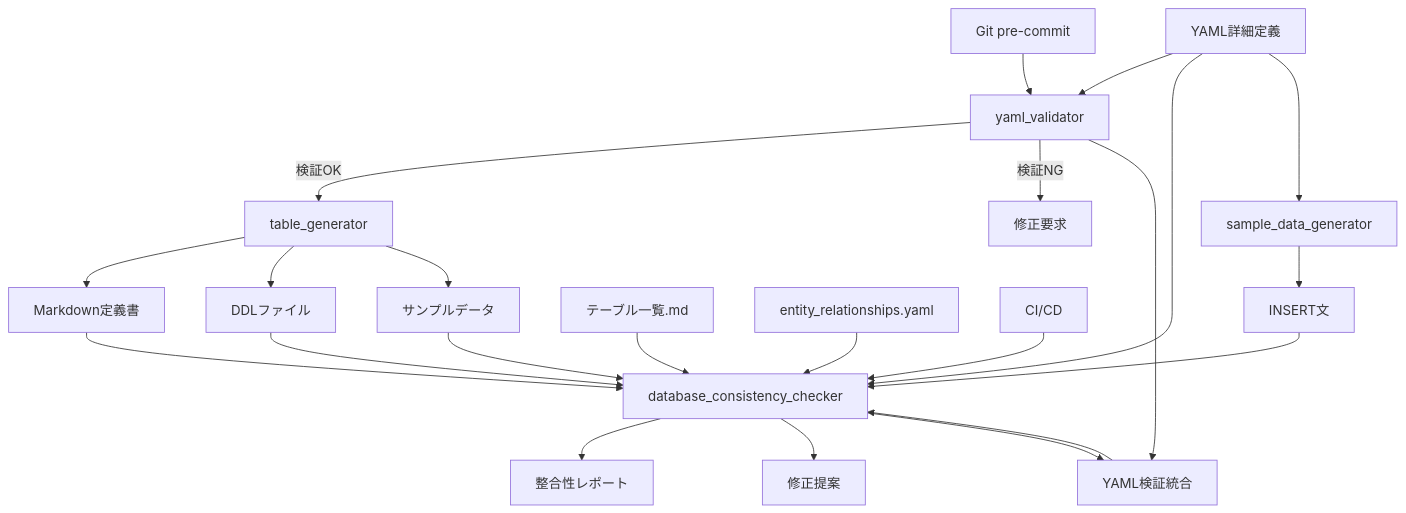
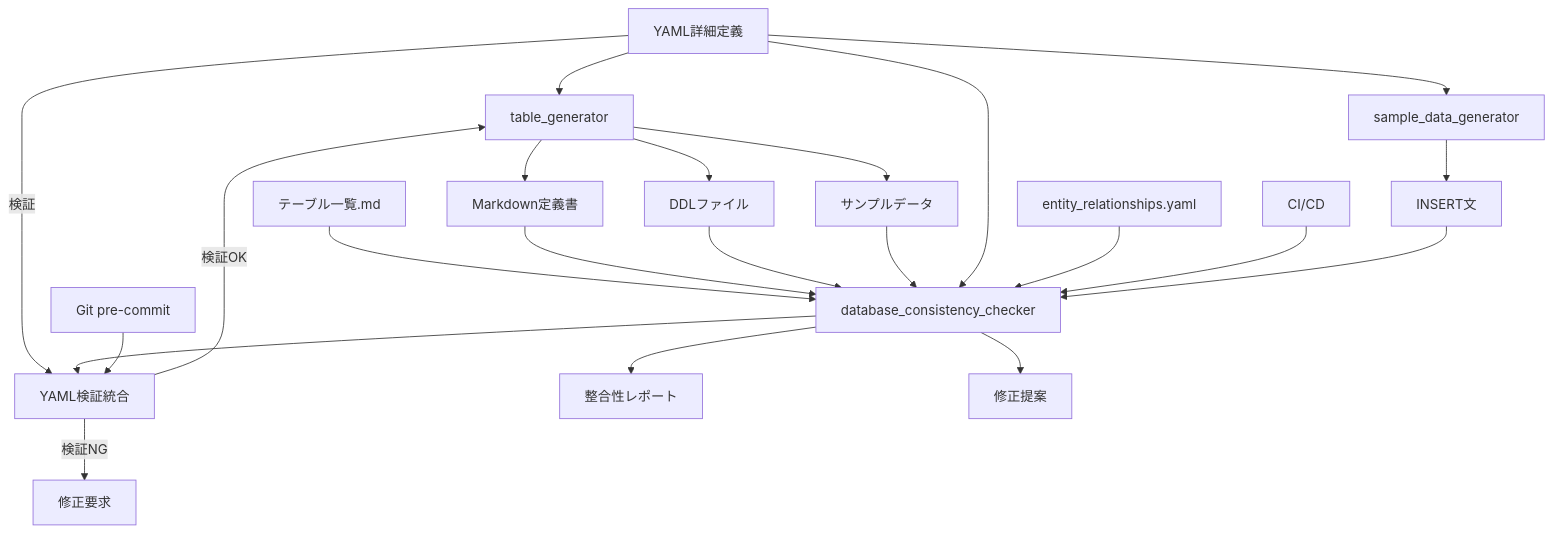
The diagram in docs/design/database/tools/README.md (sas-dx/skill-report-web), drawn with Mermaid before and after one commit. The commit also changed other lines of this file, not shown here.

Commit message:
📚 docs: READMEの日常使用パターンコマンドを修正
- --check-required-onlyオプションを--all --verboseに修正
- 実際のスクリプト動作と整合性を確保
- 全コマンドの動作確認完了

````diff
--- a/docs/design/database/tools/README.md
+++ b/docs/design/database/tools/README.md
@@ -54,32 +54,30 @@
 ```mermaid
 graph TD
-    A[YAML詳細定義] --> B[yaml_validator]
-    B --> |検証OK| C[table_generator]
-    B --> |検証NG| B1[修正要求]
+    A[YAML詳細定義] --> C[table_generator]
+    A --> |検証| K[YAML検証統合]
+    K --> |検証OK| C
+    K --> |検証NG| B1[修正要求]
     
     C --> D[Markdown定義書]
     C --> E[DDLファイル]
     C --> F[サンプルデータ]
     
     G[テーブル一覧.md] --> H[database_consistency_checker]
     D --> H
     E --> H
     F --> H
     A --> H
     
     H --> I[整合性レポート]
     H --> J[修正提案]
-    H --> K[YAML検証統合]
+    H --> K
     
     L[entity_relationships.yaml] --> H
     
-    M[Git pre-commit] --> B
+    M[Git pre-commit] --> K
     N[CI/CD] --> H
-    
-    B --> K[YAML検証統合]
-    K --> H
     
     A --> O[sample_data_generator]
     O --> P[INSERT文]
     P --> H
 ```
````
